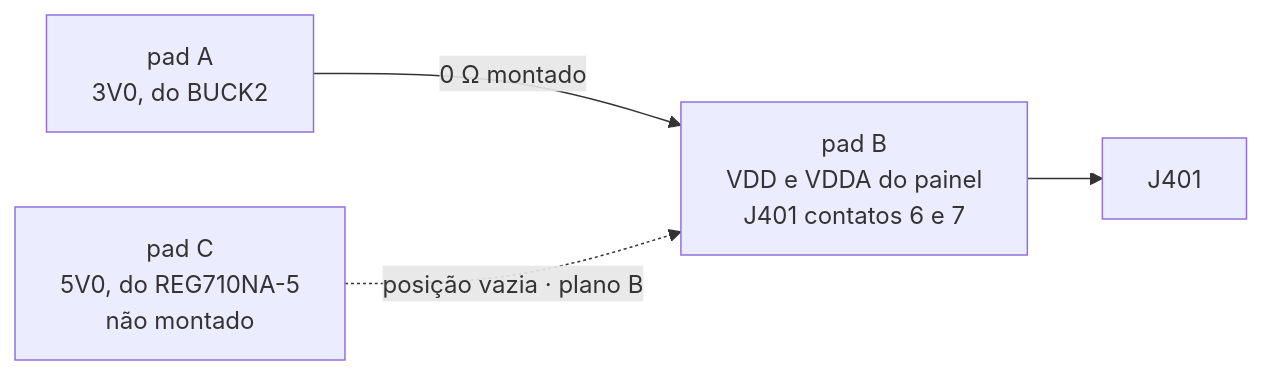
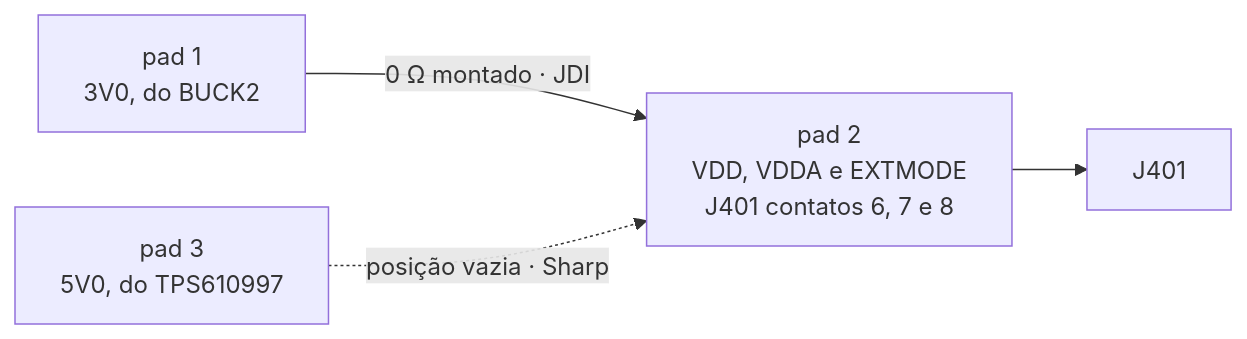
One commit to Guiimartinho/gnss-bike-computer changed the second of 3 diagrams in hardware_gnssbike/06-conectores-e-pontos-de-teste.md. Above: the diagram before and after it, drawn with Mermaid. The commit also changed other lines of this file and 63 other files, not shown here.

````diff
--- a/hardware_gnssbike/06-conectores-e-pontos-de-teste.md
+++ b/hardware_gnssbike/06-conectores-e-pontos-de-teste.md
@@ -526,6 +516,6 @@
 ```mermaid
 flowchart LR
-    A["pad A<br/>3V0, do BUCK2"] -->|"0 Ω montado"| B["pad B<br/>VDD e VDDA do painel<br/>J401 contatos 6 e 7"]
-    C["pad C<br/>5V0, do REG710NA-5<br/>não montado"] -.->|"posição vazia · plano B"| B
+    A["pad 1<br/>3V0, do BUCK2"] -->|"0 Ω montado · JDI"| B["pad 2<br/>VDD, VDDA e EXTMODE<br/>J401 contatos 6, 7 e 8"]
+    C["pad 3<br/>5V0, do TPS610997"] -.->|"posição vazia · Sharp"| B
     B --> J401["J401"]
 ```
````
